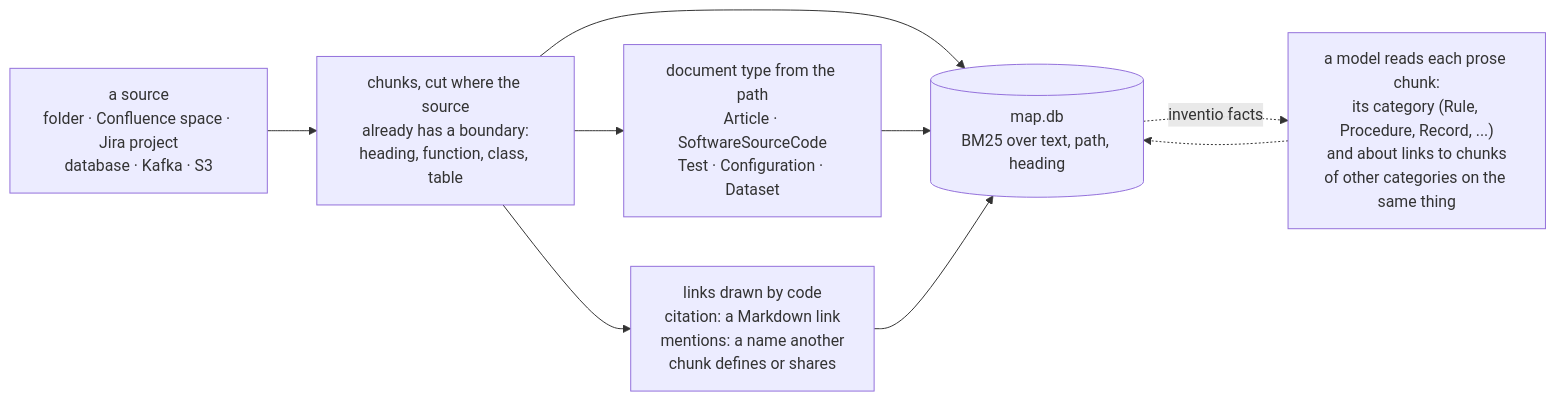
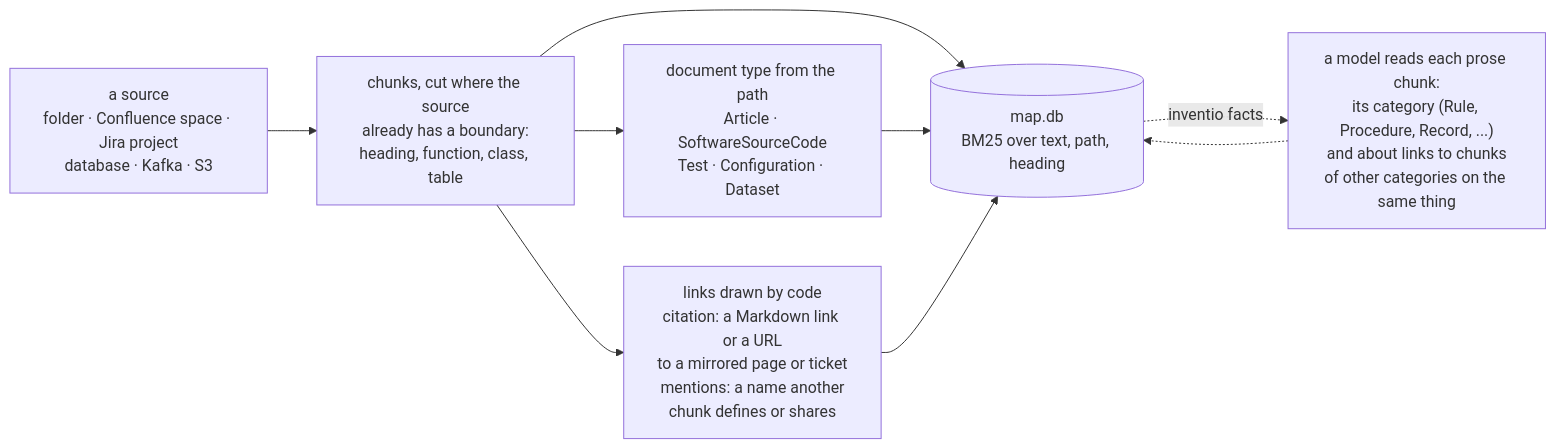
One commit to minhquan23102000/inventio changed the first of 3 diagrams in README.md. Above: the diagram before and after it, drawn with Mermaid. The commit also changed other lines of this file and 31 other files, not shown here.

First line of the commit message:
Links named by what the map knows; URL citations; neighbours off by default

````diff
--- a/README.md
+++ b/README.md
@@ -97,8 +101,8 @@
 ```mermaid
 flowchart LR
     S["a source<br/>folder · Confluence space · Jira project<br/>database · Kafka · S3"] --> C["chunks, cut where the source<br/>already has a boundary:<br/>heading, function, class, table"]
     C --> M[("map.db<br/>BM25 over text, path, heading")]
     C --> T["document type from the path<br/>Article · SoftwareSourceCode<br/>Test · Configuration · Dataset"] --> M
-    C --> L["links drawn by code<br/>citation: a Markdown link<br/>mentions: a name another<br/>chunk defines or shares"] --> M
+    C --> L["links drawn by code<br/>citation: a Markdown link or a URL<br/>to a mirrored page or ticket<br/>mentions: a name another<br/>chunk defines or shares"] --> M
     M -. "inventio facts" .-> F["a model reads each prose chunk:<br/>its category (Rule, Procedure, Record, ...)<br/>and about links to chunks<br/>of other categories on the same thing"] -.-> M
 ```
````
